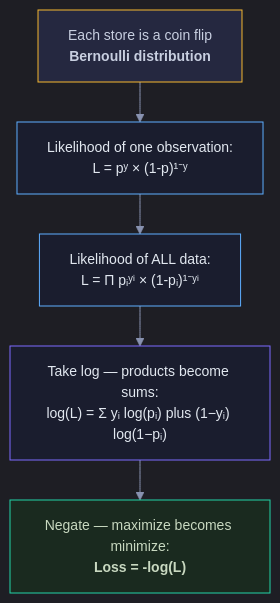
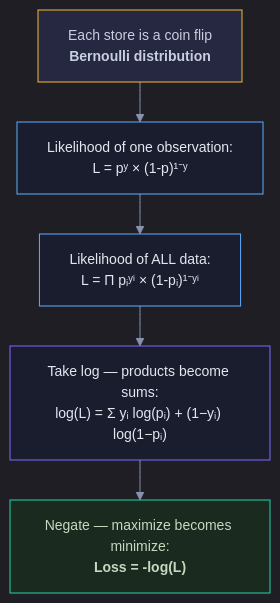
One commit to snehith1234/StudyCircle changed the third of 9 diagrams in Documents/Visual_Guides/ML_Concepts/Logistic_Regression_Visual.md. Above: the diagram before and after it, drawn with Mermaid. The commit also changed other lines of this file and 10 other files, not shown here.

First line of the commit message:
Fix Mermaid formatting and add RNN/LSTM guides

````diff
--- a/Documents/Visual_Guides/ML_Concepts/Logistic_Regression_Visual.md
+++ b/Documents/Visual_Guides/ML_Concepts/Logistic_Regression_Visual.md
@@ -119,14 +119,14 @@
 ```mermaid
 %%{init: {'theme': 'dark', 'themeVariables': {'darkMode': true, 'background': '#0e1117', 'primaryColor': '#1a1d2e', 'primaryTextColor': '#e2e8f0', 'primaryBorderColor': '#2d3148', 'lineColor': '#8892b0', 'secondaryColor': '#252840', 'tertiaryColor': '#1a1d2e', 'fontSize': '14px', 'edgeLabelBackground': '#0e1117'}, 'flowchart': {'nodeSpacing': 30, 'rankSpacing': 40, 'padding': 15, 'htmlLabels': true}}}%%
 graph TD
     A["Each store is a coin flip<br/><b>Bernoulli distribution</b>"] --> B["Likelihood of one observation:<br/>L = pʸ × (1-p)¹⁻ʸ"]
     B --> C["Likelihood of ALL data:<br/>L = Π pᵢʸⁱ × (1-pᵢ)¹⁻ʸⁱ"]
-    C --> D["Take log — products become sums:<br/>log(L) = Σ yᵢ log(pᵢ) plus (1−yᵢ) log(1−pᵢ)"]
+    C --> D["Take log — products become sums:<br/>log(L) = Σ yᵢ log(pᵢ) + (1−yᵢ) log(1−pᵢ)"]
     D --> E["Negate — maximize becomes minimize:<br/><b>Loss = -log(L)</b>"]
 
     style A fill:#252840,stroke:#f5b731,color:#c8cfe0
     style B fill:#1a1d2e,stroke:#5eaeff,color:#e2e8f0
     style C fill:#1a1d2e,stroke:#5eaeff,color:#e2e8f0
     style D fill:#1a1d2e,stroke:#7c6aff,color:#e2e8f0
     style E fill:#1a2a1f,stroke:#22d3a7,color:#c8d8c0
 ```
````
